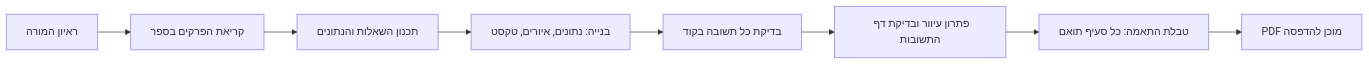
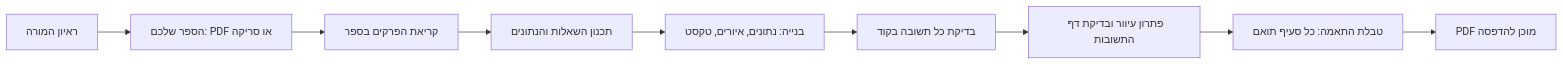
One commit to roeea2/rosen-exam-builder changed the diagram in README.md. Above: the diagram before and after it, drawn with Mermaid. The commit also changed other lines of this file and 5 other files, not shown here.

````diff
--- a/README.md
+++ b/README.md
@@ -42,10 +42,11 @@
 ```mermaid
 flowchart LR
-    A[ראיון המורה] --> B[קריאת הפרקים בספר]
+    A[ראיון המורה] --> S[הספר שלכם: PDF או סריקה]
+    S --> B[קריאת הפרקים בספר]
     B --> C[תכנון השאלות והנתונים]
     C --> D[בנייה: נתונים, איורים, טקסט]
     D --> E[בדיקת כל תשובה בקוד]
     E --> F[פתרון עיוור ובדיקת דף התשובות]
     F --> H[טבלת התאמה: כל סעיף תואם]
     H --> G[PDF מוכן להדפסה]
 ```
````
